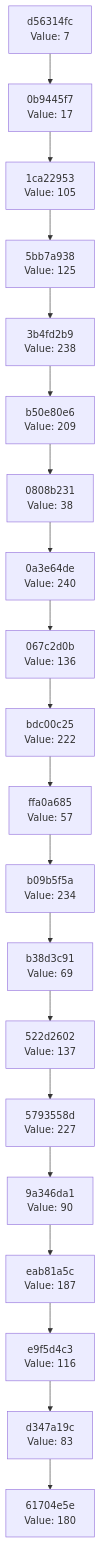
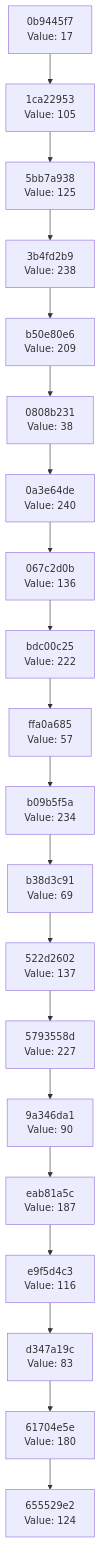
The diagram in docs/CHAIN_VISUALIZATION.md (Abhisheksinha1506/hash-chain-evolver), drawn with Mermaid before and after one commit. The commit also changed 3 other files, not shown here.

````diff
--- a/docs/CHAIN_VISUALIZATION.md
+++ b/docs/CHAIN_VISUALIZATION.md
@@ -3,42 +3,42 @@
 ```mermaid
 graph TD
-    C0["61704e5e<br/>Value: 180"]
-    C1["d347a19c<br/>Value: 83"]
+    C0["655529e2<br/>Value: 124"]
+    C1["61704e5e<br/>Value: 180"]
     C1 --> C0
-    C2["e9f5d4c3<br/>Value: 116"]
+    C2["d347a19c<br/>Value: 83"]
     C2 --> C1
-    C3["eab81a5c<br/>Value: 187"]
+    C3["e9f5d4c3<br/>Value: 116"]
     C3 --> C2
-    C4["9a346da1<br/>Value: 90"]
+    C4["eab81a5c<br/>Value: 187"]
     C4 --> C3
-    C5["5793558d<br/>Value: 227"]
+    C5["9a346da1<br/>Value: 90"]
     C5 --> C4
-    C6["522d2602<br/>Value: 137"]
+    C6["5793558d<br/>Value: 227"]
     C6 --> C5
-    C7["b38d3c91<br/>Value: 69"]
+    C7["522d2602<br/>Value: 137"]
     C7 --> C6
-    C8["b09b5f5a<br/>Value: 234"]
+    C8["b38d3c91<br/>Value: 69"]
     C8 --> C7
-    C9["ffa0a685<br/>Value: 57"]
+    C9["b09b5f5a<br/>Value: 234"]
     C9 --> C8
-    C10["bdc00c25<br/>Value: 222"]
+    C10["ffa0a685<br/>Value: 57"]
     C10 --> C9
-    C11["067c2d0b<br/>Value: 136"]
+    C11["bdc00c25<br/>Value: 222"]
     C11 --> C10
-    C12["0a3e64de<br/>Value: 240"]
+    C12["067c2d0b<br/>Value: 136"]
     C12 --> C11
-    C13["0808b231<br/>Value: 38"]
+    C13["0a3e64de<br/>Value: 240"]
     C13 --> C12
-    C14["b50e80e6<br/>Value: 209"]
+    C14["0808b231<br/>Value: 38"]
     C14 --> C13
-    C15["3b4fd2b9<br/>Value: 238"]
+    C15["b50e80e6<br/>Value: 209"]
     C15 --> C14
-    C16["5bb7a938<br/>Value: 125"]
+    C16["3b4fd2b9<br/>Value: 238"]
     C16 --> C15
-    C17["1ca22953<br/>Value: 105"]
+    C17["5bb7a938<br/>Value: 125"]
     C17 --> C16
-    C18["0b9445f7<br/>Value: 17"]
+    C18["1ca22953<br/>Value: 105"]
     C18 --> C17
-    C19["d56314fc<br/>Value: 7"]
+    C19["0b9445f7<br/>Value: 17"]
     C19 --> C18
 ```
````
